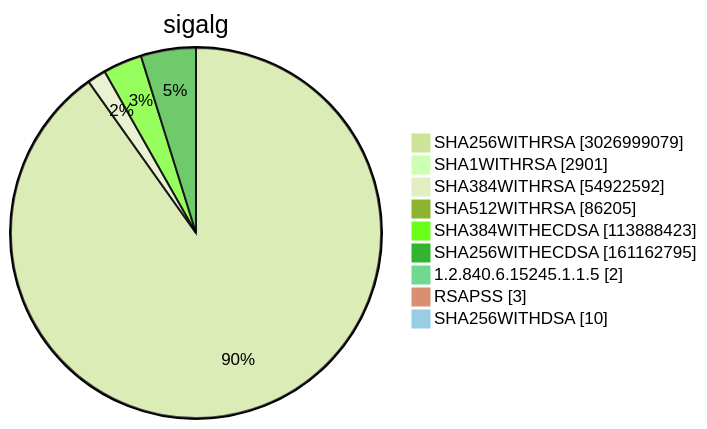
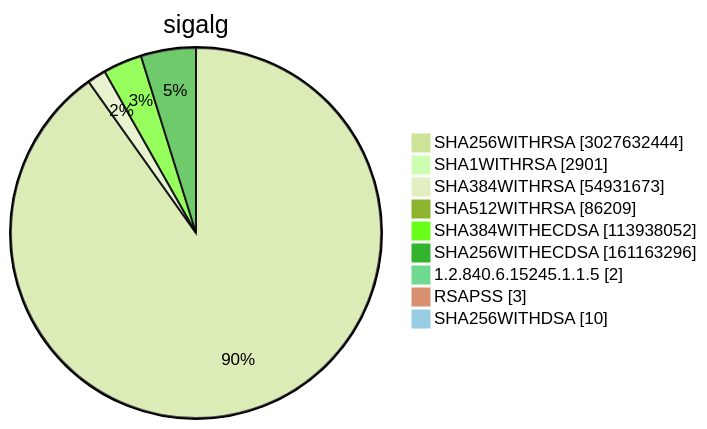
One commit to christiankrug/ctmonitor_visualization changed diagram 15 of 15 in TOTAL/README.md. Above: the diagram before and after it, drawn with Mermaid (forest theme). The commit also changed other lines of this file, not shown here.

````diff
--- a/TOTAL/README.md
+++ b/TOTAL/README.md
@@ -6208,13 +6208,13 @@
 ```mermaid
 pie showData
 title sigalg
-"SHA256WITHRSA" :3026999079
+"SHA256WITHRSA" :3027632444
 "SHA1WITHRSA" :2901
-"SHA384WITHRSA" :54922592
-"SHA512WITHRSA" :86205
-"SHA384WITHECDSA" :113888423
-"SHA256WITHECDSA" :161162795
+"SHA384WITHRSA" :54931673
+"SHA512WITHRSA" :86209
+"SHA384WITHECDSA" :113938052
+"SHA256WITHECDSA" :161163296
 "1.2.840.6.15245.1.1.5" :2
 "RSAPSS" :3
 "SHA256WITHDSA" :10
 ```
````
